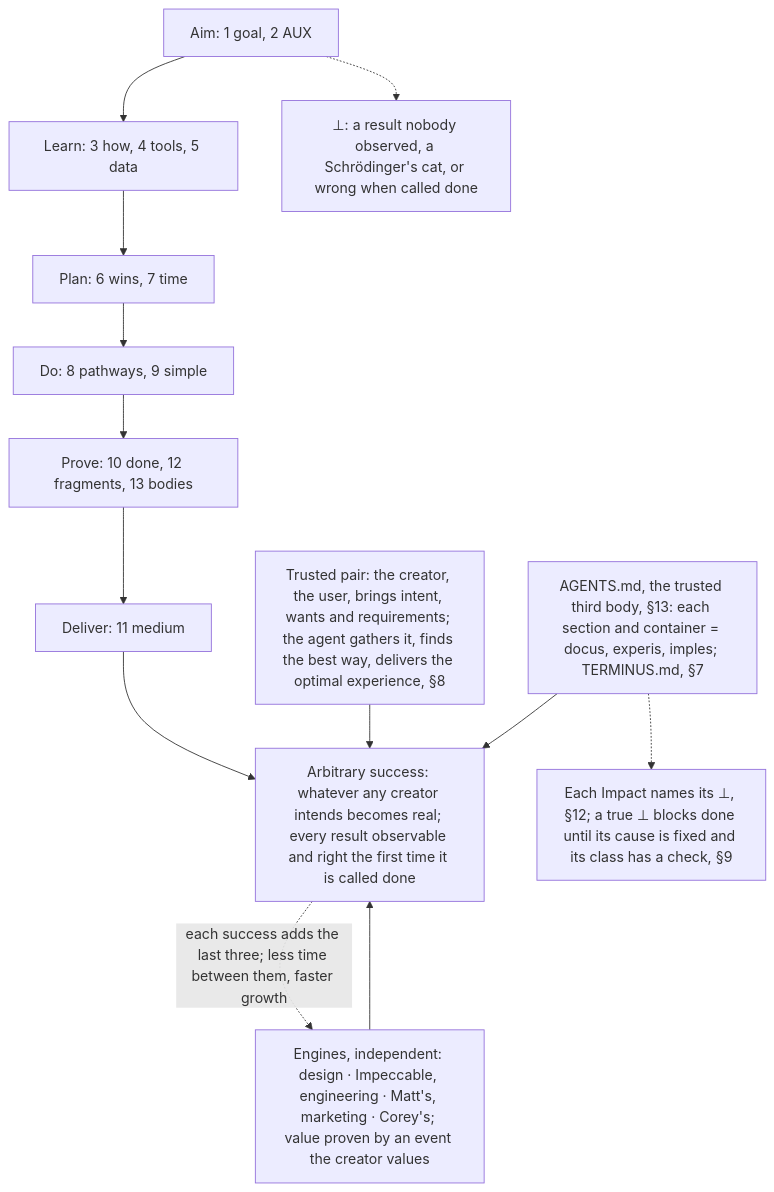
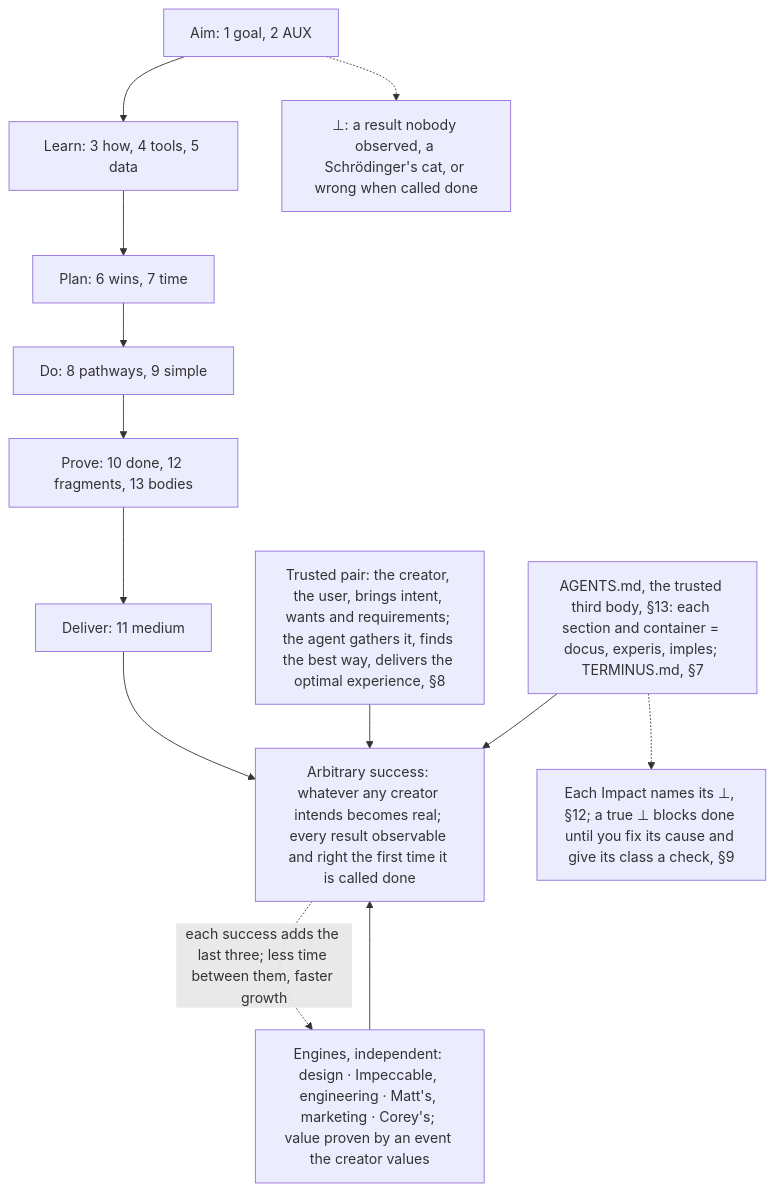
The first of 14 diagrams in AGENTS.md (SolenixAI/arbiter), drawn with Mermaid before and after one commit. The commit also changed other lines of this file and 2 other files, not shown here.

Commit message:
fix(agents): noise and tₙ defined; data vs value, score vs rate, one meaning each; frontier is the edge of the known; a terminus is a limit or event; active voice; pointers fixed

````diff
--- a/AGENTS.md
+++ b/AGENTS.md
@@ -36,10 +36,10 @@
 ```mermaid
 flowchart TD
   A[Aim: 1 goal, 2 AUX] --> L[Learn: 3 how, 4 tools, 5 data] --> P[Plan: 6 wins, 7 time] --> D[Do: 8 pathways, 9 simple] --> V[Prove: 10 done, 12 fragments, 13 bodies] --> O[Deliver: 11 medium] --> S["Arbitrary success: whatever any creator intends becomes real; every result observable and right the first time it is called done"]
   CR["Trusted pair: the creator, the user, brings intent, wants and requirements; the agent gathers it, finds the best way, delivers the optimal experience, §8"] --> S
   F["AGENTS.md, the trusted third body, §13: each section and container = docus, experis, imples; TERMINUS.md, §7"] --> S
   E["Engines, independent: design · Impeccable, engineering · Matt's, marketing · Corey's; value proven by an event the creator values"] --> S
   S -.->|"each success adds the last three; less time between them, faster growth"| E
-  F -.-> BI["Each Impact names its ⊥, §12; a true ⊥ blocks done until its cause is fixed and its class has a check, §9"]
+  F -.-> BI["Each Impact names its ⊥, §12; a true ⊥ blocks done until you fix its cause and give its class a check, §9"]
   A -.-> BOT["⊥: a result nobody observed, a Schrödinger's cat, or wrong when called done"]
 ```
````
